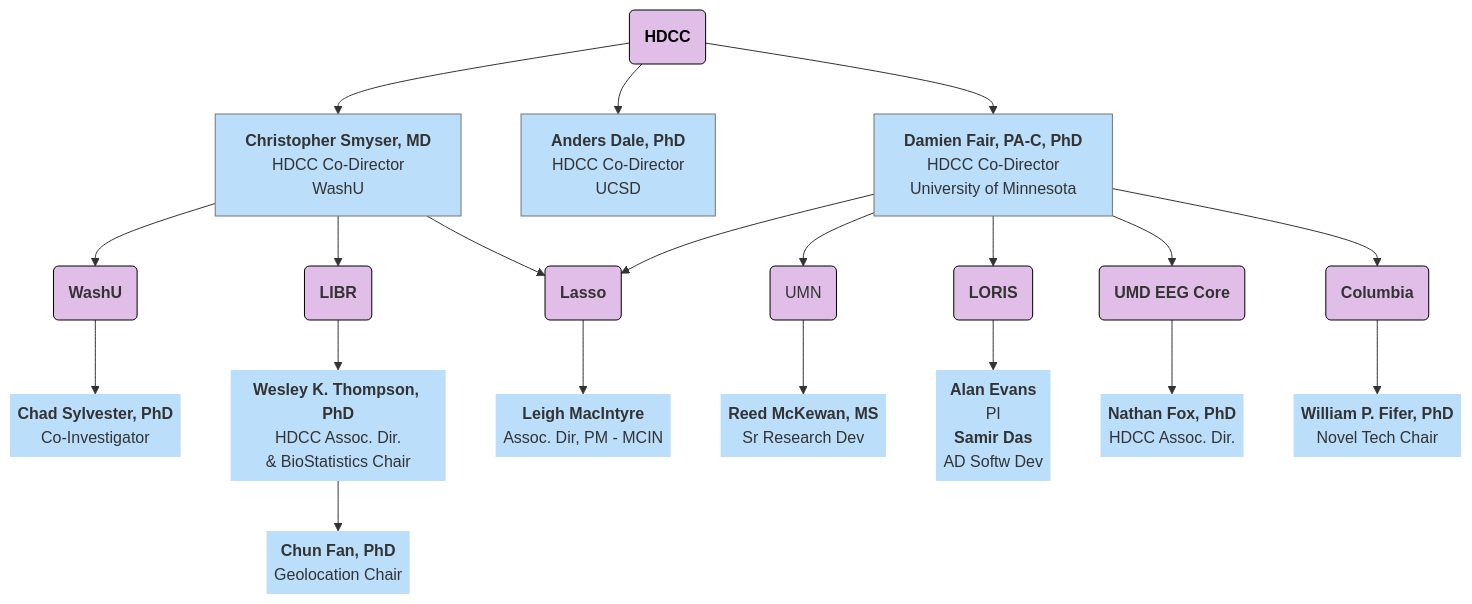
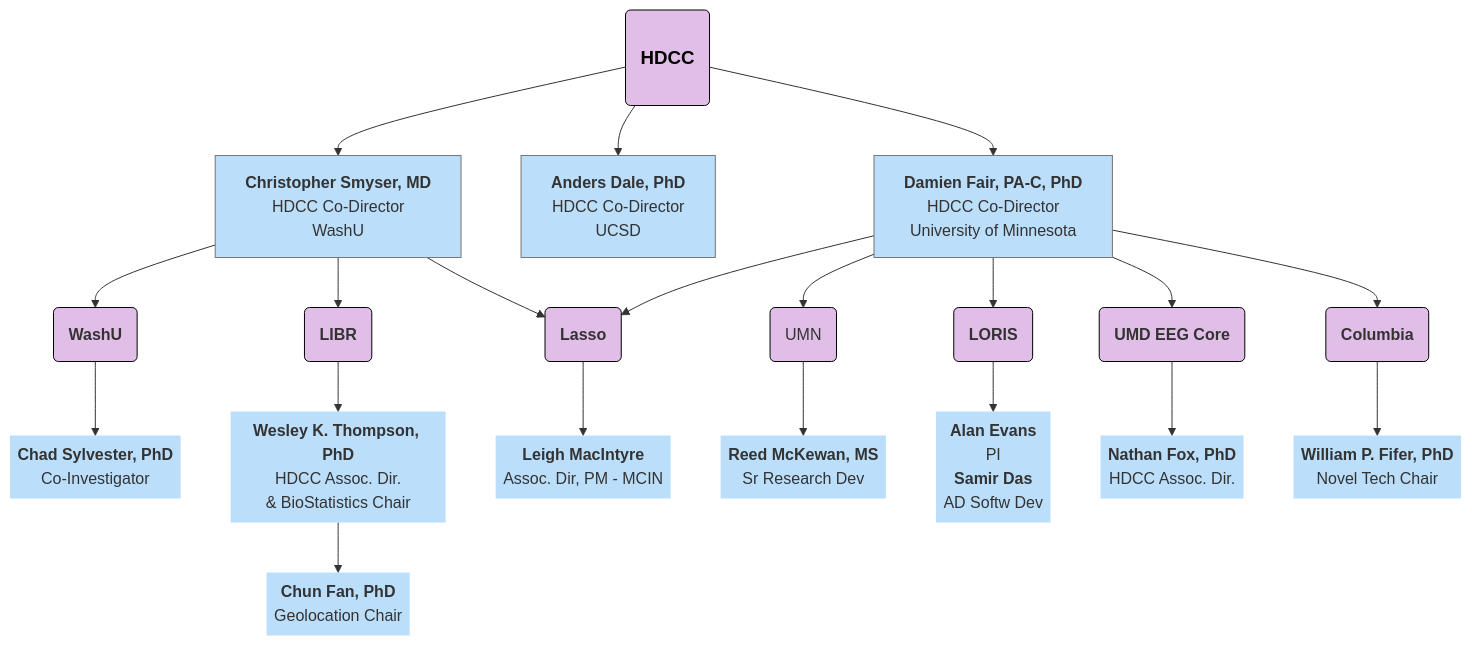
One commit to DCAN-Labs/hbcd-docs-internal changed the second of 10 diagrams in docs/orgcharts.md. Above: the diagram before and after it, drawn with Mermaid.

Commit message:
make title more pronounced

````diff
--- a/docs/orgcharts.md
+++ b/docs/orgcharts.md
@@ -54,60 +54,60 @@
 ```mermaid
 flowchart TB
     E["<b>Damien Fair, PA-C, PhD</b><br>HDCC Co-Director<br>University of Minnesota"] --> lasso["<b>Lasso</b>"] & umn["UMN"] & n7["<b>LORIS</b>"] & n8["<b>UMD EEG Core</b>"] & n11["<b>Columbia</b>"]
     lasso --> lasso1["<b>Leigh MacIntyre</b><br>Assoc. Dir, PM - MCIN"]
     n1["<b>Christopher Smyser, MD<br></b>HDCC Co-Director<br>WashU"] --> n10["<b>WashU</b><br>"] & n12["<b>LIBR</b>"] & lasso
     n16@{ label: "<span style=\"--tw-scale-x:\"><b>Wesley K. Thompson, PhD<br></b>HDCC Assoc. Dir.<br>&amp; BioStatistics Chair</span><br>" } --> n17@{ label: "<span style=\"color:\"><b>Chun Fan, PhD<br></b></span><span style=\"--tw-scale-x:\">Geolocation Chair</span><br style=\"--tw-scale-x:\">" }
     n12 --> n16
     n11 --> n18@{ label: "<b>William P. Fifer, PhD<br></b><span style=\"--tw-scale-x:\">Novel Tech Chair</span>" }
     n8 --> n19["<b>Nathan Fox, PhD<br></b>HDCC Assoc. Dir."]
     n7 --> n20@{ label: "<b><span style=\"color:\">Alan Evans</span><br style=\"--tw-scale-x:\"></b><span style=\"--tw-scale-x:\">PI</span><br style=\"--tw-scale-x:\"><b><span style=\"color:\">Samir Das</span><br style=\"--tw-scale-x:\"></b><span style=\"--tw-scale-x:\">AD Softw Dev</span>" }
     umn --> reed["<b>Reed McKewan, MS</b><br>Sr Research Dev"]
     n10 --> n22@{ label: "<b><span style=\"color:\">Chad Sylvester, PhD</span><br style=\"--tw-scale-x:\"></b><span style=\"--tw-scale-x:\">Co-Investigator</span>" }
-    n23["<b>HDCC</b>"] --> n1 & n2["<b>Anders Dale, PhD<br></b>HDCC Co-Director<br>UCSD"] & E
+    n23["<h3>HDCC</h3>"] --> n1 & n2["<b>Anders Dale, PhD<br></b>HDCC Co-Director<br>UCSD"] & E
 
     E@{ shape: rect}
     lasso@{ shape: rounded}
     umn@{ shape: rounded}
     n7@{ shape: rounded}
     n8@{ shape: rounded}
     n11@{ shape: rounded}
     lasso1@{ shape: text}
     n1@{ shape: rect}
     n10@{ shape: rounded}
     n12@{ shape: rounded}
     n16@{ shape: text}
     n17@{ shape: text}
     n18@{ shape: text}
     n19@{ shape: text}
     n20@{ shape: text}
     reed@{ shape: text}
     n22@{ shape: text}
     n23@{ shape: rounded}
     n2@{ shape: rect}
     style E fill:#BBDEFB,stroke:#757575
     style lasso fill:#E1BEE7,stroke:#000000
     style umn fill:#E1BEE7,stroke:#000000
     style n7 fill:#E1BEE7,stroke:#000000
     style n8 fill:#E1BEE7,stroke:#000000
     style n11 fill:#E1BEE7,stroke:#000000
     style lasso1 fill:#BBDEFB
     style n1 fill:#BBDEFB,stroke:#757575
     style n10 fill:#E1BEE7,stroke:#000000
     style n12 fill:#E1BEE7,stroke:#000000
     style n16 fill:#BBDEFB
     style n17 fill:#BBDEFB
     style n18 fill:#BBDEFB
     style n19 fill:#BBDEFB
     style n20 fill:#BBDEFB
     style reed fill:#BBDEFB
     style n22 fill:#BBDEFB
     style n23 stroke:#000000,fill:#E1BEE7,color:#000000
     style n2 fill:#BBDEFB,stroke:#757575
     click lasso "#lasso"
     click umn "#university-of-minnesota"
     click n7 "#loris"
     click n8 "#umd-eeg-core"
     click n11 "#columbia"
     click n10 "#washu"
     click n2 "#ucsd"
 ```
````
